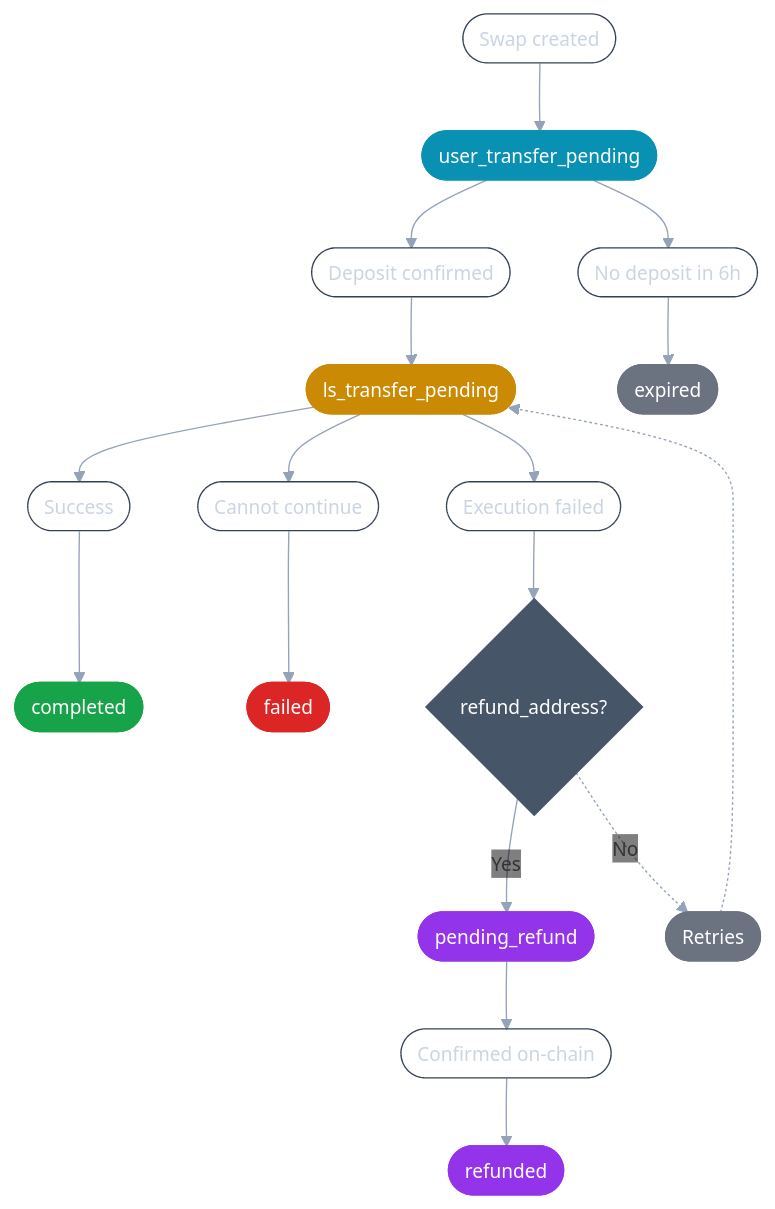
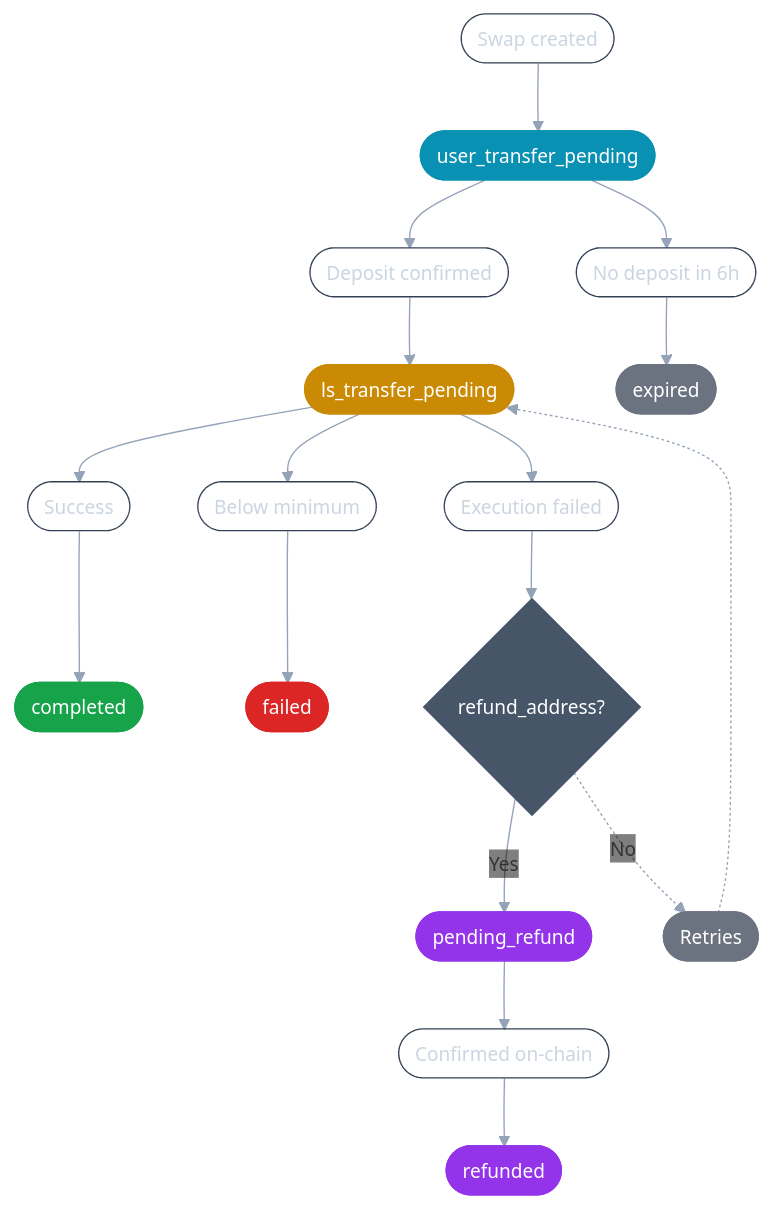
Before and after one commit to layerswap/layerswap-docs: the diagram in concepts/swap-lifecycle.mdx, drawn with Mermaid. The commit also changed other lines of this file and 54 other files, not shown here.

````diff
--- a/concepts/swap-lifecycle.mdx
+++ b/concepts/swap-lifecycle.mdx
@@ -9,32 +9,32 @@
 ```mermaid
 %%{init: {'theme': 'base', 'themeVariables': {'background': 'transparent', 'lineColor': '#94a3b8', 'fontSize': '14px', 'edgeLabelBackground': 'transparent', 'tertiaryTextColor': '#ffffff'}}}%%
 flowchart TB
     created([Swap created]) --> userPending([user_transfer_pending])
     userPending --> depositConfirmed([Deposit confirmed]) --> layerswapPending([ls_transfer_pending])
     userPending --> noDeposit([No deposit in 6h]) --> expired([expired])
     layerswapPending --> success([Success]) --> completed([completed])
-    layerswapPending --> terminalFailure([Cannot continue]) --> failed([failed])
+    layerswapPending --> belowMinimum([Below minimum]) --> failed([failed])
     layerswapPending --> executionFailed([Execution failed]) --> hasRefundAddress{refund_address?}
     hasRefundAddress -->|Yes| pendingRefund([pending_refund])
     hasRefundAddress -.->|No| retries([Retries])
     retries -.-> layerswapPending
     pendingRefund --> confirmed([Confirmed on-chain]) --> refunded([refunded])
 
     classDef event fill:transparent,color:#cbd5e1,stroke:#334155,stroke-width:1px
     classDef active fill:#0891b2,color:#ffffff,stroke:#0891b2
     classDef processing fill:#ca8a04,color:#ffffff,stroke:#ca8a04
     classDef successState fill:#16a34a,color:#ffffff,stroke:#16a34a
     classDef failureState fill:#dc2626,color:#ffffff,stroke:#dc2626
     classDef refundState fill:#9333ea,color:#ffffff,stroke:#9333ea
     classDef neutralState fill:#6b7280,color:#ffffff,stroke:#6b7280
     classDef decision fill:#475569,color:#ffffff,stroke:#475569
 
-    class created,depositConfirmed,noDeposit,success,terminalFailure,executionFailed,confirmed event
+    class created,depositConfirmed,noDeposit,success,belowMinimum,executionFailed,confirmed event
     class userPending active
     class layerswapPending processing
     class completed successState
     class failed failureState
     class pendingRefund,refunded refundState
     class expired,retries neutralState
     class hasRefundAddress decision
 ```
````
